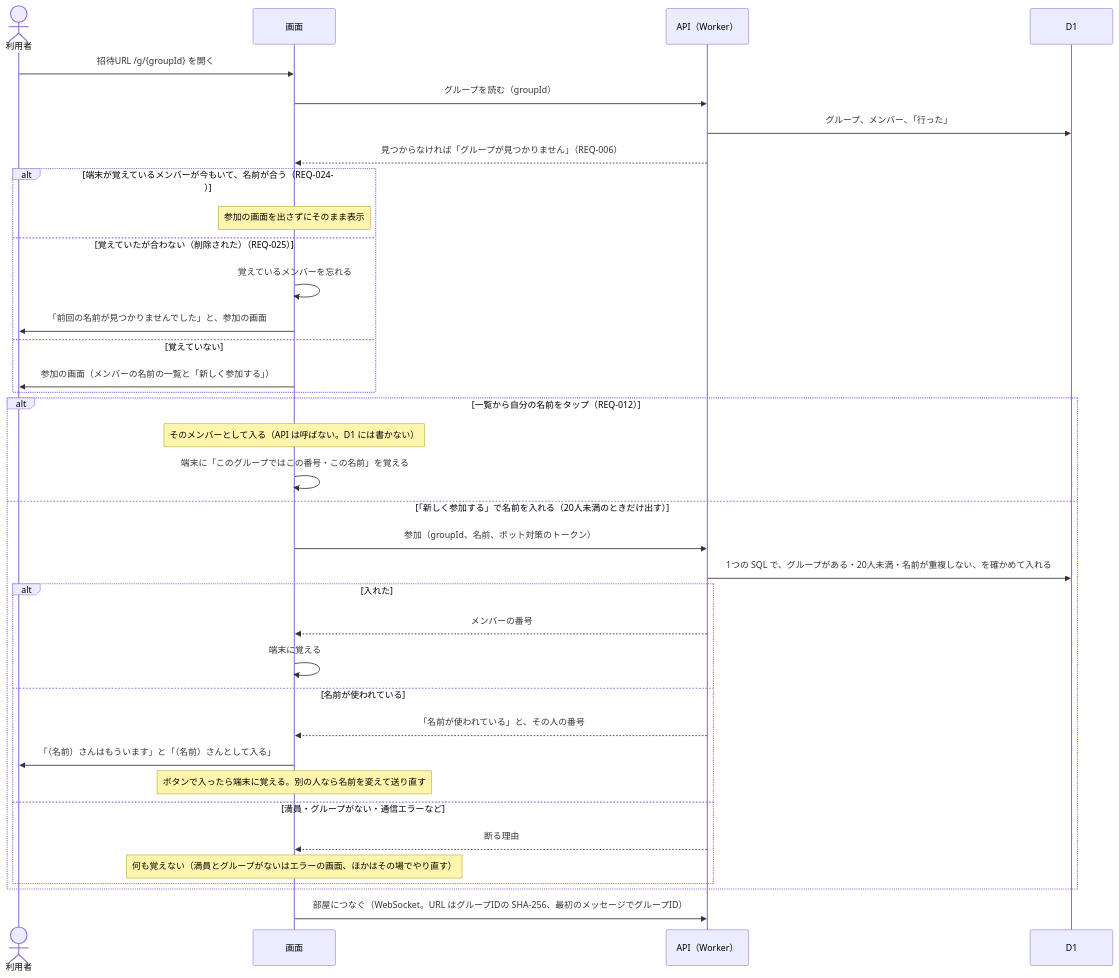
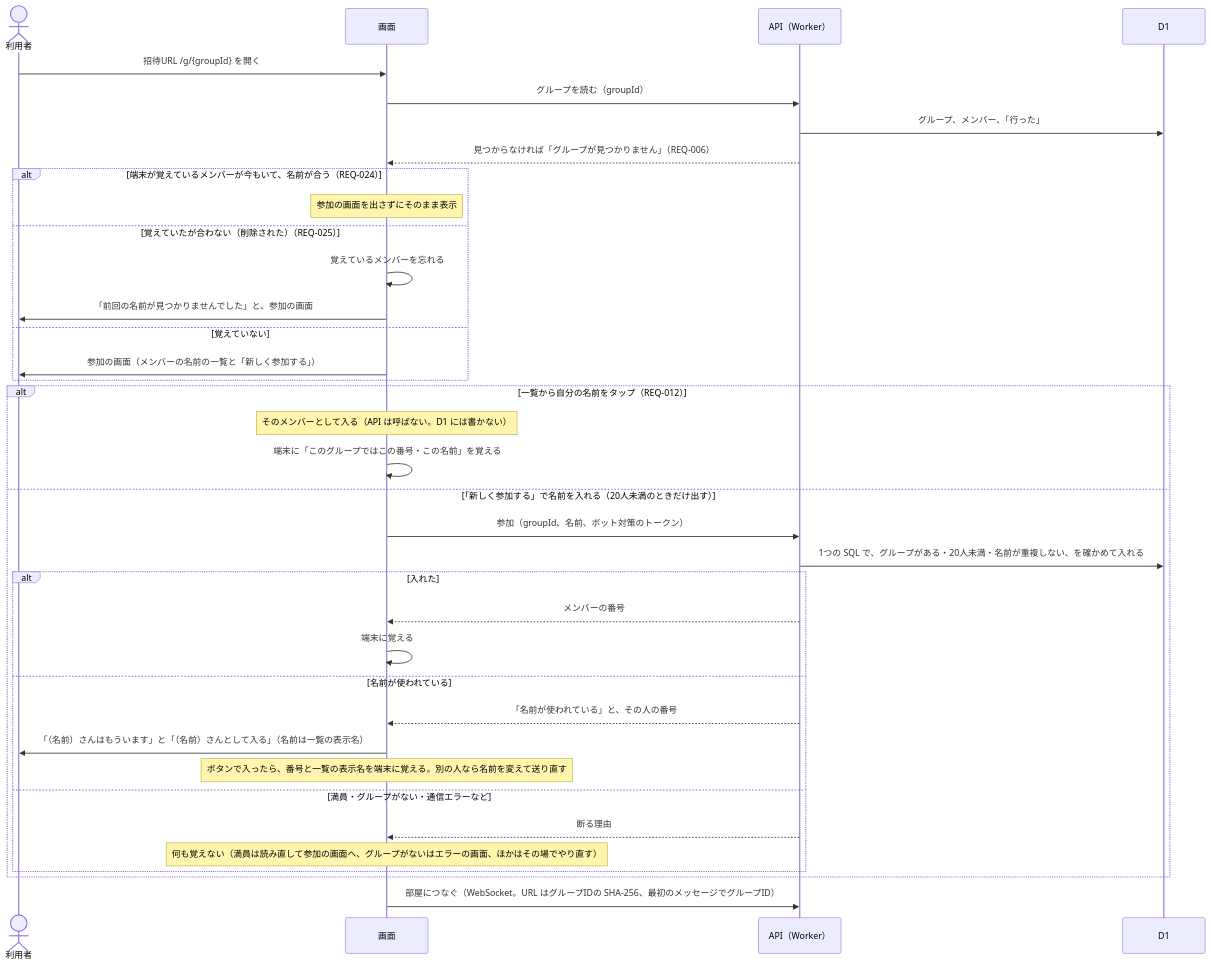
Before and after one commit to yuppy52/tabikaigi-map: the diagram in docs/design/auth-flow.md, drawn with Mermaid. The commit also changed other lines of this file and 11 other files, not shown here.

````diff
--- a/docs/design/auth-flow.md
+++ b/docs/design/auth-flow.md
@@ -36,39 +36,39 @@
 ```mermaid
 sequenceDiagram
   actor U as 利用者
   participant App as 画面
   participant API as API（Worker）
   participant DB as D1
 
   U->>App: 招待URL /g/{groupId} を開く
   App->>API: グループを読む（groupId）
   API->>DB: グループ、メンバー、「行った」
   API-->>App: 見つからなければ「グループが見つかりません」（REQ-006）
   alt 端末が覚えているメンバーが今もいて、名前が合う（REQ-024）
     Note over App: 参加の画面を出さずにそのまま表示
   else 覚えていたが合わない（削除された）（REQ-025）
     App->>App: 覚えているメンバーを忘れる
     App->>U: 「前回の名前が見つかりませんでした」と、参加の画面
   else 覚えていない
     App->>U: 参加の画面（メンバーの名前の一覧と「新しく参加する」）
   end
   alt 一覧から自分の名前をタップ（REQ-012）
     Note over App: そのメンバーとして入る（API は呼ばない。D1 には書かない）
     App->>App: 端末に「このグループではこの番号・この名前」を覚える
   else 「新しく参加する」で名前を入れる（20人未満のときだけ出す）
     App->>API: 参加（groupId、名前、ボット対策のトークン）
     API->>DB: 1つの SQL で、グループがある・20人未満・名前が重複しない、を確かめて入れる
     alt 入れた
       API-->>App: メンバーの番号
       App->>App: 端末に覚える
     else 名前が使われている
       API-->>App: 「名前が使われている」と、その人の番号
-      App->>U: 「（名前）さんはもういます」と「（名前）さんとして入る」
-      Note over App: ボタンで入ったら端末に覚える。別の人なら名前を変えて送り直す
+      App->>U: 「（名前）さんはもういます」と「（名前）さんとして入る」（名前は一覧の表示名）
+      Note over App: ボタンで入ったら、番号と一覧の表示名を端末に覚える。別の人なら名前を変えて送り直す
     else 満員・グループがない・通信エラーなど
       API-->>App: 断る理由
-      Note over App: 何も覚えない（満員とグループがないはエラーの画面、ほかはその場でやり直す）
+      Note over App: 何も覚えない（満員は読み直して参加の画面へ、グループがないはエラーの画面、ほかはその場でやり直す）
     end
   end
   App->>API: 部屋につなぐ（WebSocket。URL はグループIDの SHA-256、最初のメッセージでグループID）
 ```
````
